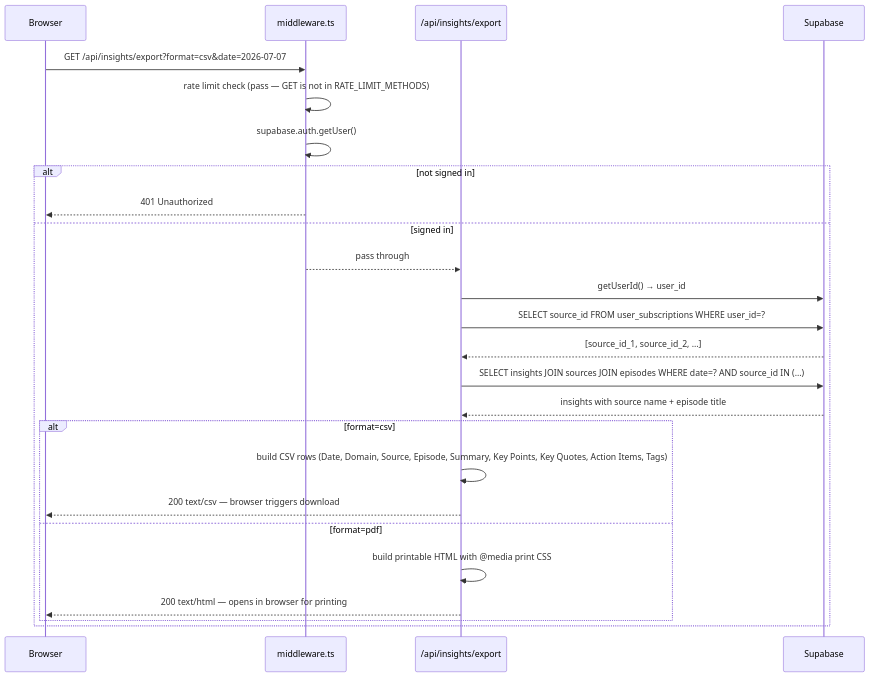
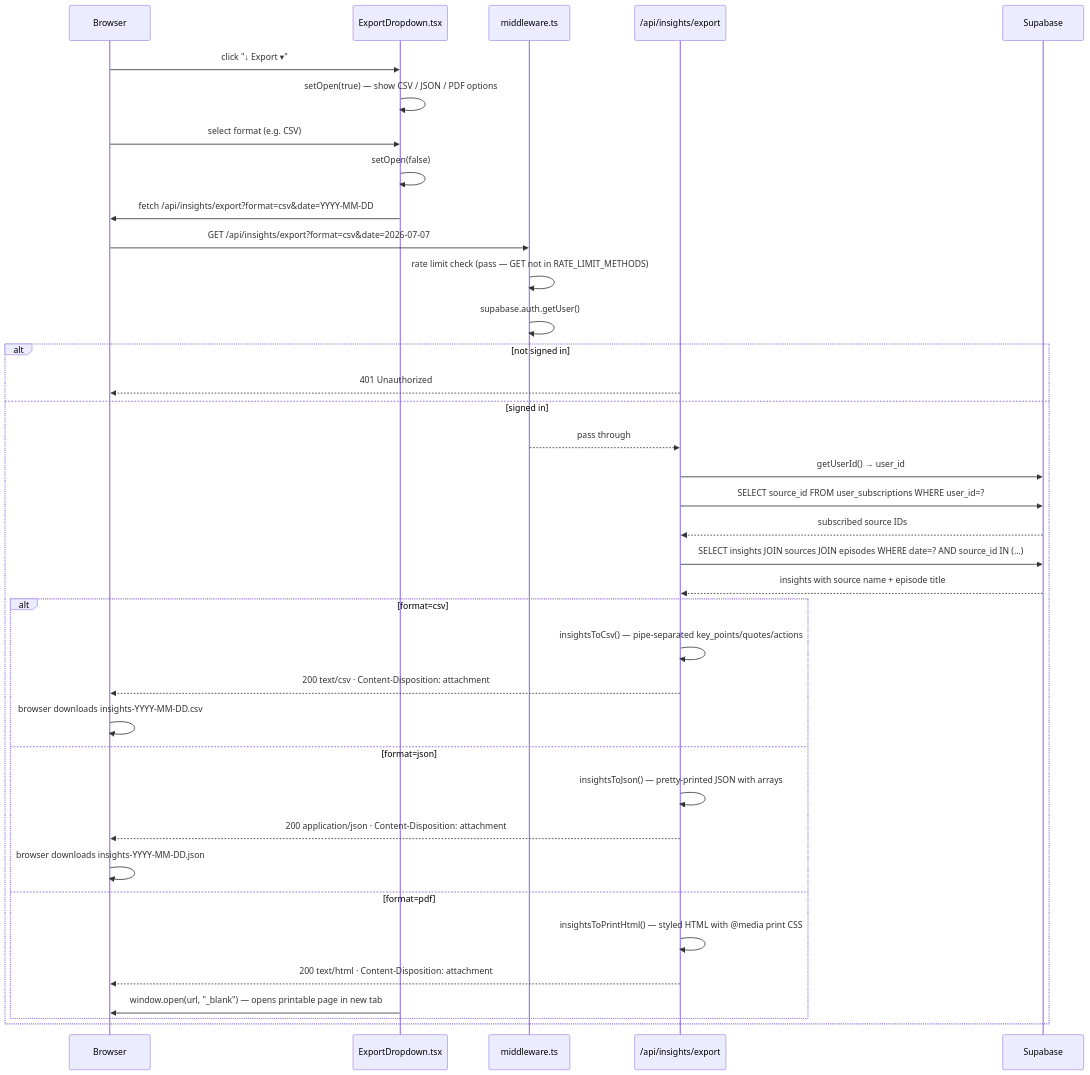
Diagram 17 of 19 in docs/request-workflow.md (vtghub/PodcastsSummarizer), drawn with Mermaid before and after one commit. The commit also changed other lines of this file and 1 other file, not shown here.

Commit message:
docs: update architecture and workflow diagrams post-PR #155
- README: add ExportDropdown.tsx to project structure; update Export feature
  row to describe CSV / JSON / PDF dropdown and all three formats
- docs/request-workflow.md: update diagram 17 to show ExportDropdown
  interaction, JSON format branch, and PDF window.open behaviour

````diff
--- a/docs/request-workflow.md
+++ b/docs/request-workflow.md
@@ -565,28 +565,42 @@
 ```mermaid
 sequenceDiagram
     participant B as Browser
+    participant DD as ExportDropdown.tsx
     participant MW as middleware.ts
     participant API as /api/insights/export
     participant DB as Supabase
 
+    B->>DD: click "↓ Export ▾"
+    DD->>DD: setOpen(true) — show CSV / JSON / PDF options
+
+    B->>DD: select format (e.g. CSV)
+    DD->>DD: setOpen(false)
+    DD->>B: fetch /api/insights/export?format=csv&date=YYYY-MM-DD
+
     B->>MW: GET /api/insights/export?format=csv&date=2026-07-07
-    MW->>MW: rate limit check (pass — GET is not in RATE_LIMIT_METHODS)
+    MW->>MW: rate limit check (pass — GET not in RATE_LIMIT_METHODS)
     MW->>MW: supabase.auth.getUser()
     alt not signed in
-        MW-->>B: 401 Unauthorized
+        API-->>B: 401 Unauthorized
     else signed in
         MW-->>API: pass through
         API->>DB: getUserId() → user_id
         API->>DB: SELECT source_id FROM user_subscriptions WHERE user_id=?
-        DB-->>API: [source_id_1, source_id_2, ...]
+        DB-->>API: subscribed source IDs
         API->>DB: SELECT insights JOIN sources JOIN episodes WHERE date=? AND source_id IN (...)
         DB-->>API: insights with source name + episode title
         alt format=csv
-            API->>API: build CSV rows (Date, Domain, Source, Episode, Summary, Key Points, Key Quotes, Action Items, Tags)
-            API-->>B: 200 text/csv — browser triggers download
+            API->>API: insightsToCsv() — pipe-separated key_points/quotes/actions
+            API-->>B: 200 text/csv · Content-Disposition: attachment
+            B->>B: browser downloads insights-YYYY-MM-DD.csv
+        else format=json
+            API->>API: insightsToJson() — pretty-printed JSON with arrays
+            API-->>B: 200 application/json · Content-Disposition: attachment
+            B->>B: browser downloads insights-YYYY-MM-DD.json
         else format=pdf
-            API->>API: build printable HTML with @media print CSS
-            API-->>B: 200 text/html — opens in browser for printing
+            API->>API: insightsToPrintHtml() — styled HTML with @media print CSS
+            API-->>B: 200 text/html · Content-Disposition: attachment
+            DD->>B: window.open(url, "_blank") — opens printable page in new tab
         end
     end
 ```
````
